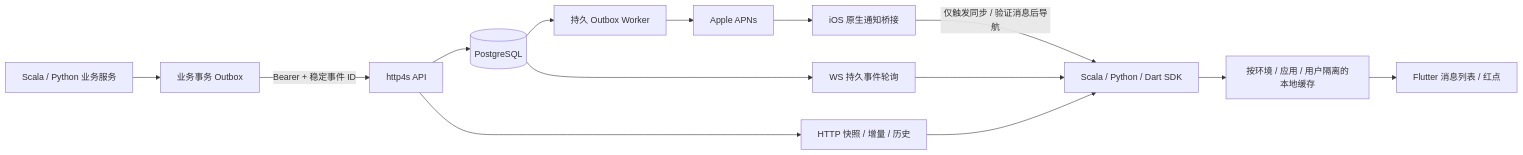
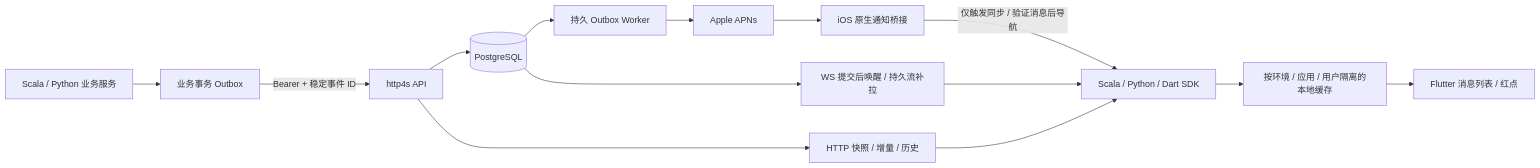
Before and after one commit to bitlap/polyglot-im: the diagram in docs/architecture.md, drawn with Mermaid. The commit also changed other lines of this file and 44 other files, not shown here.

````diff
--- a/docs/architecture.md
+++ b/docs/architecture.md
@@ -7,16 +7,16 @@
 ```mermaid
 flowchart LR
   B[Scala / Python 业务服务] --> BO[业务事务 Outbox]
   BO -->|Bearer + 稳定事件 ID| API[http4s API]
   API --> DB[(PostgreSQL)]
   DB --> W[持久 Outbox Worker]
   W --> APNs[Apple APNs]
-  DB --> WS[WS 持久事件轮询]
+  DB --> WS[WS 提交后唤醒 / 持久流补拉]
   API --> HTTP[HTTP 快照 / 增量 / 历史]
   WS --> SDK[Scala / Python / Dart SDK]
   HTTP --> SDK
   SDK --> CACHE[按环境 / 应用 / 用户隔离的本地缓存]
   CACHE --> FL[Flutter 消息列表 / 红点]
   APNs --> IOS[iOS 原生通知桥接]
   IOS -->|仅触发同步 / 验证消息后导航| SDK
 ```
````
